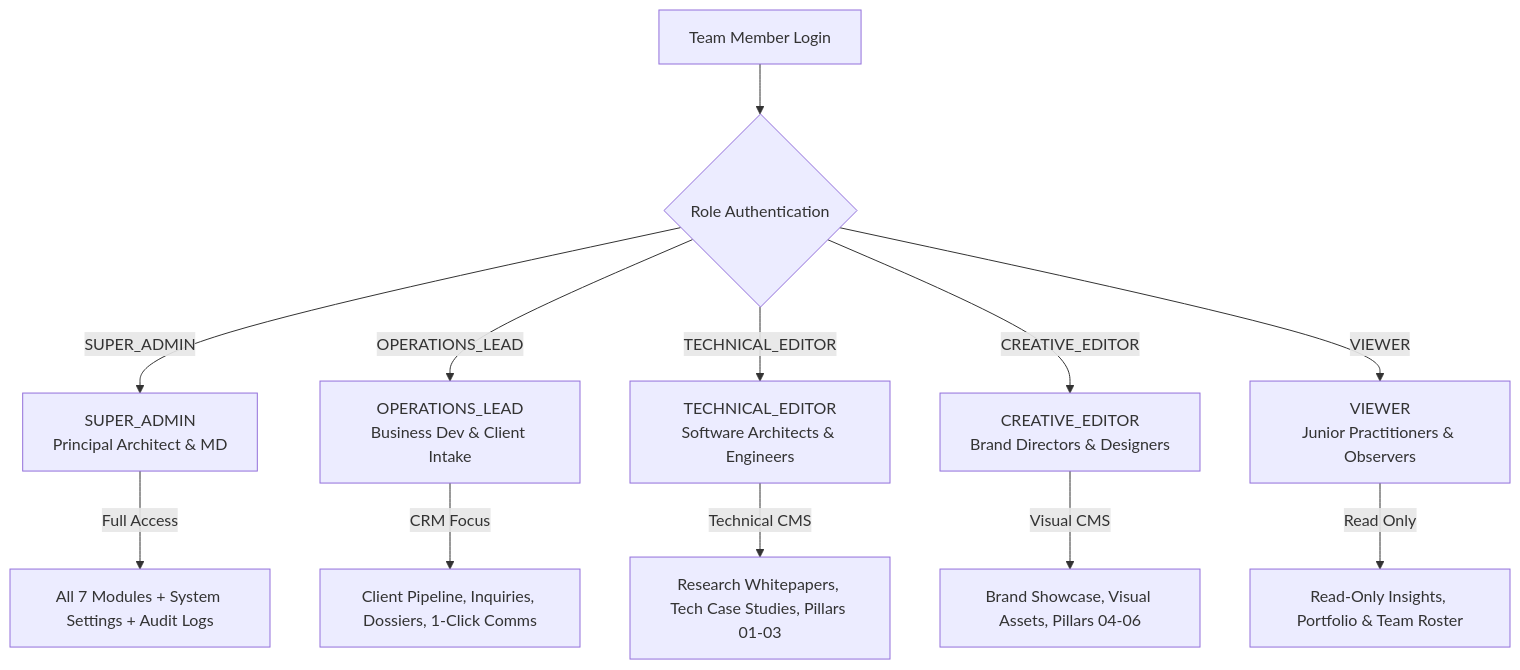
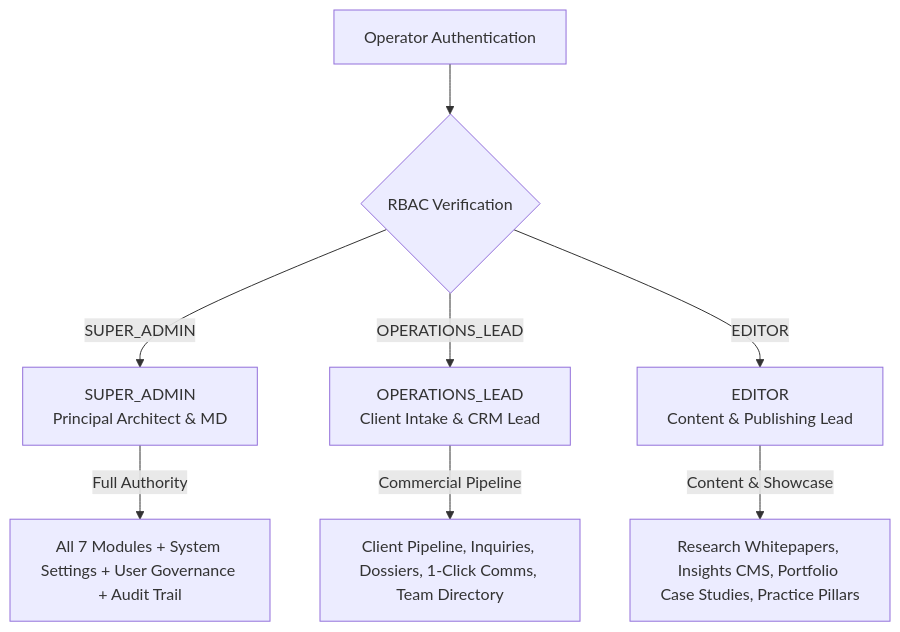
One commit to Gerat-Tech/Gerat changed the diagram in docs/progress/roles/ROLES_AND_PERMISSIONS.md. Above: the diagram before and after it, drawn with Mermaid. The commit also changed other lines of this file and 19 other files, not shown here.

````diff
--- a/docs/progress/roles/ROLES_AND_PERMISSIONS.md
+++ b/docs/progress/roles/ROLES_AND_PERMISSIONS.md
@@ -22,16 +17,12 @@
 ```mermaid
 graph TD
-    User["Team Member Login"] --> RoleCheck{"Role Authentication"}
+    User["Operator Authentication"] --> RoleCheck{"RBAC Verification"}
     
     RoleCheck -->|SUPER_ADMIN| SuperAdmin["SUPER_ADMIN\nPrincipal Architect & MD"]
-    RoleCheck -->|OPERATIONS_LEAD| OpsLead["OPERATIONS_LEAD\nBusiness Dev & Client Intake"]
-    RoleCheck -->|TECHNICAL_EDITOR| TechEditor["TECHNICAL_EDITOR\nSoftware Architects & Engineers"]
-    RoleCheck -->|CREATIVE_EDITOR| CreativeEditor["CREATIVE_EDITOR\nBrand Directors & Designers"]
-    RoleCheck -->|VIEWER| Viewer["VIEWER\nJunior Practitioners & Observers"]
+    RoleCheck -->|OPERATIONS_LEAD| OpsLead["OPERATIONS_LEAD\nClient Intake & CRM Lead"]
+    RoleCheck -->|EDITOR| Editor["EDITOR\nContent & Publishing Lead"]
 
-    SuperAdmin -->|Full Access| AllModules["All 7 Modules + System Settings + Audit Logs"]
-    OpsLead -->|CRM Focus| CRMOnly["Client Pipeline, Inquiries, Dossiers, 1-Click Comms"]
-    TechEditor -->|Technical CMS| TechOnly["Research Whitepapers, Tech Case Studies, Pillars 01-03"]
-    CreativeEditor -->|Visual CMS| CreativeOnly["Brand Showcase, Visual Assets, Pillars 04-06"]
-    Viewer -->|Read Only| ReadOnly["Read-Only Insights, Portfolio & Team Roster"]
+    SuperAdmin -->|Full Authority| AllModules["All 7 Modules + System Settings + User Governance + Audit Trail"]
+    OpsLead -->|Commercial Pipeline| CRMOnly["Client Pipeline, Inquiries, Dossiers, 1-Click Comms, Team Directory"]
+    Editor -->|Content & Showcase| CMSOnly["Research Whitepapers, Insights CMS, Portfolio Case Studies, Practice Pillars"]
 ```
````
